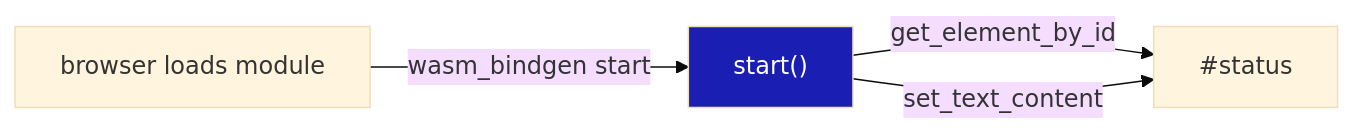
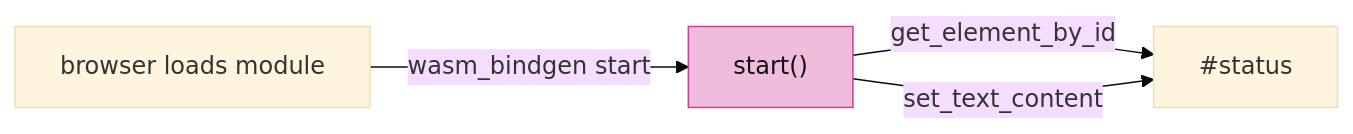
Before and after one commit to petrasvestartas/session: the seventh of 7 diagrams in session_viewer/docs/00-environment.md, drawn with Mermaid (base theme). The commit also changed other lines of this file and 23 other files, not shown here.

Commit message:
Course: Mermaid nodes white with black text, highlighted nodes pink, white arrows and edge labels on the black ground

````diff
--- a/session_viewer/docs/00-environment.md
+++ b/session_viewer/docs/00-environment.md
@@ -97,7 +97,7 @@
 ```mermaid
 flowchart LR
     B["browser loads module"] -- "wasm_bindgen start" --> F["start()"]
     F -- "get_element_by_id" --> S["#status"]
     F -- "set_text_content" --> S
-    style F fill:#1a1eb2,color:#fff
+    style F fill:#f0bcdb,stroke:#ce4095,color:#111
 ```
````
